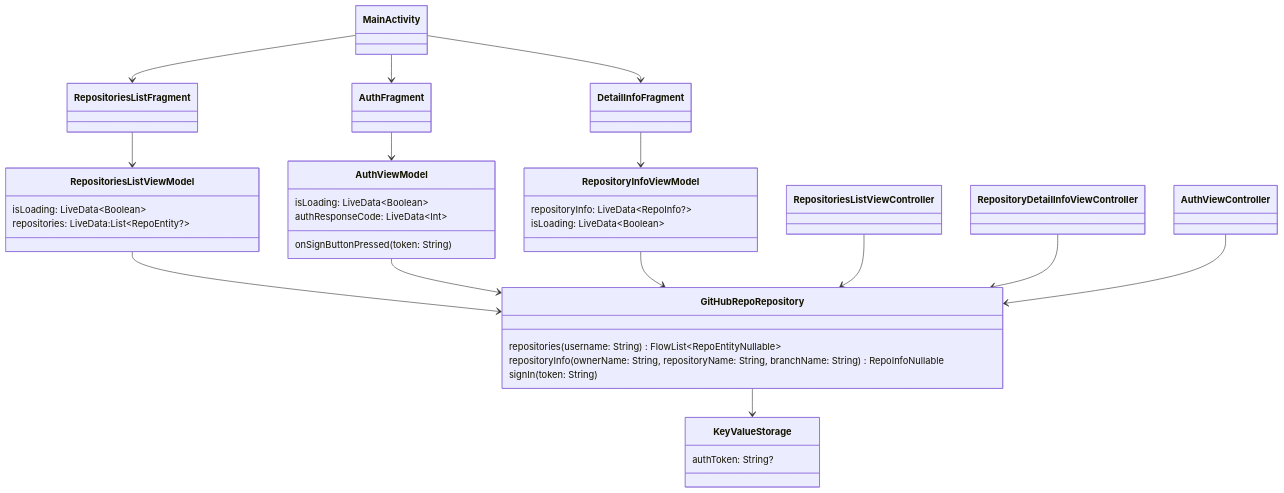
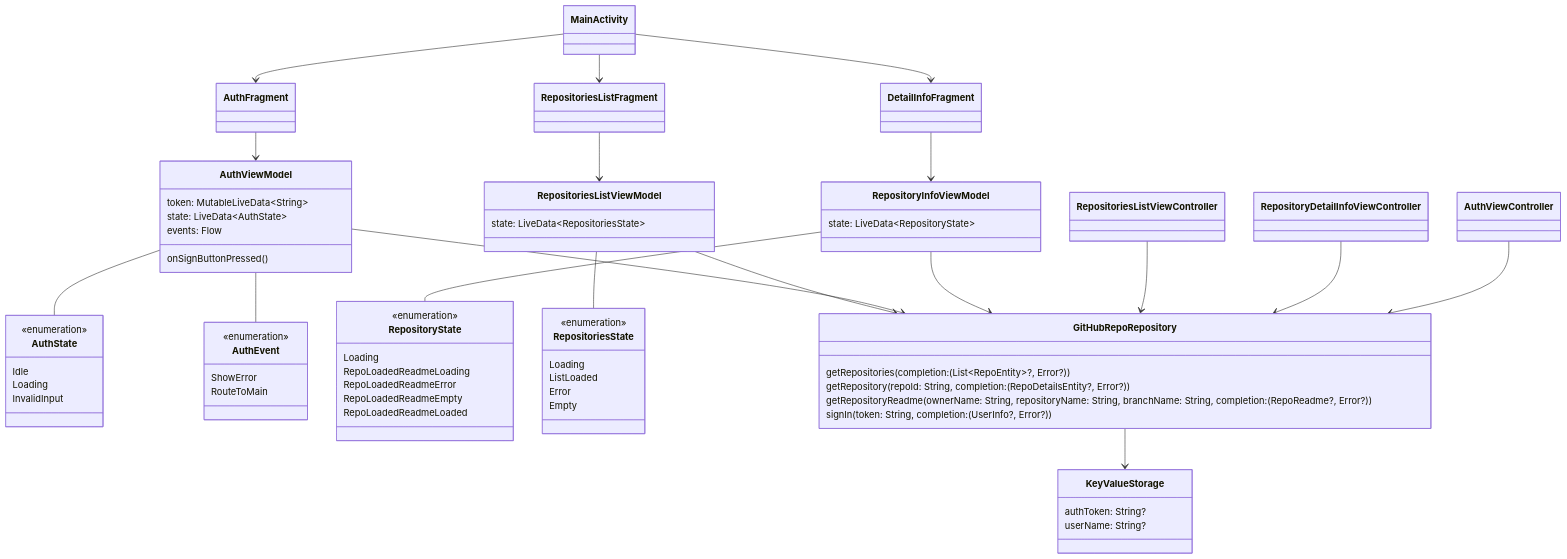
Before and after one commit to icerockdev/kmm.icerock.dev: the diagram in university/3-kotlin-multiplatform-mobile/practice.md, drawn with Mermaid. The commit also changed 2 other files, not shown here.

Commit message:
updated graphs

````diff
--- a/university/3-kotlin-multiplatform-mobile/practice.md
+++ b/university/3-kotlin-multiplatform-mobile/practice.md
@@ -31,56 +31,94 @@
 ```mermaid
-classDiagram
-
-class AuthViewModel:::android{
-   isLoading: LiveData~Boolean~
-   authResponseCode: LiveData~Int~
-   onSignButtonPressed(token: String)
-}
+   classDiagram
    
-class RepositoryInfoViewModel:::android{
-   repositoryInfo: LiveData~RepoInfo?~
-   isLoading: LiveData~Boolean~
-}
+   class AuthViewModel:::android {
+      token: MutableLiveData~String~
+      state: LiveData~AuthState~
+      events: Flow<AuthEvent>
+      onSignButtonPressed()
+   }
    
-class RepositoriesListViewModel:::android {
-   isLoading: LiveData~Boolean~
-   repositories: LiveData:List~RepoEntity?~  
-}
+   class AuthState:::android {
+      <<enumeration>>
+      Idle
+      Loading
+      InvalidInput
+   }
    
-class GitHubRepoRepository:::common {
-   repositories(username: String) FlowList~RepoEntityNullable~
-   repositoryInfo(ownerName: String, repositoryName: String, branchName: String) RepoInfoNullable
-   signIn(token: String)
-}
-
-class KeyValueStorage:::common{
-  authToken: String?
-}
-
-class MainActivity:::android
-class RepositoriesListFragment:::android
-class DetailInfoFragment:::android
-class AuthFragment:::android
-
-class RepositoriesListViewController:::ios
-class RepositoryDetailInfoViewController:::ios
-class AuthViewController:::ios
-
-MainActivity --> AuthFragment
-MainActivity --> RepositoriesListFragment
-MainActivity --> DetailInfoFragment
-
-RepositoriesListFragment --> RepositoriesListViewModel
-DetailInfoFragment --> RepositoryInfoViewModel
-AuthFragment --> AuthViewModel
+   class AuthEvent:::android {
+      <<enumeration>>
+      ShowError
+      RouteToMain
+   }
+       
+   class RepositoryInfoViewModel:::android {
+      state: LiveData~RepositoryState~
+   }
    
-RepositoriesListViewModel --> GitHubRepoRepository
-AuthViewModel --> GitHubRepoRepository
-RepositoryInfoViewModel --> GitHubRepoRepository
-       
-RepositoriesListViewController --> GitHubRepoRepository
-RepositoryDetailInfoViewController --> GitHubRepoRepository
-AuthViewController --> GitHubRepoRepository
-
-GitHubRepoRepository --> KeyValueStorage
+   class RepositoryState:::android {
+      <<enumeration>>
+      Loading
+      RepoLoadedReadmeLoading
+      RepoLoadedReadmeError
+      RepoLoadedReadmeEmpty
+      RepoLoadedReadmeLoaded
+   }
+   
+   class RepositoriesListViewModel:::android {
+      state: LiveData~RepositoriesState~
+   }
+   
+   class RepositoriesState:::android {
+      <<enumeration>>
+      Loading
+      ListLoaded
+      Error
+      Empty
+   }
+      
+   class GitHubRepoRepository:::common {
+      getRepositories(completion: (List~RepoEntity~?, Error?))
+      getRepository(repoId: String, completion: (RepoDetailsEntity?, Error?))
+      getRepositoryReadme(ownerName: String, repositoryName: String, branchName: String, completion: (RepoReadme?, Error?))
+      signIn(token: String, completion: (UserInfo?, Error?))
+   }
+   
+   class KeyValueStorage:::common {
+      authToken: String?
+      userName: String?
+   }
+   
+   class MainActivity:::android
+   class RepositoriesListFragment:::android
+   class DetailInfoFragment:::android
+   class AuthFragment:::android
+   
+   class RepositoriesListViewController:::ios
+   class RepositoryDetailInfoViewController:::ios
+   class AuthViewController:::ios
+   
+   MainActivity --> AuthFragment
+   MainActivity --> RepositoriesListFragment
+   MainActivity --> DetailInfoFragment
+   
+   RepositoriesListFragment --> RepositoriesListViewModel
+   DetailInfoFragment --> RepositoryInfoViewModel
+   AuthFragment --> AuthViewModel
+      
+   RepositoriesListViewModel --> GitHubRepoRepository
+   AuthViewModel --> GitHubRepoRepository
+   RepositoryInfoViewModel --> GitHubRepoRepository
+          
+   RepositoriesListViewController --> GitHubRepoRepository
+   RepositoryDetailInfoViewController --> GitHubRepoRepository
+   AuthViewController --> GitHubRepoRepository
+   
+   GitHubRepoRepository --> KeyValueStorage
+   
+   AuthViewModel -- AuthEvent
+   AuthViewModel -- AuthState
+   
+   RepositoriesListViewModel -- RepositoriesState
+   
+   RepositoryInfoViewModel -- RepositoryState
 ```
````
